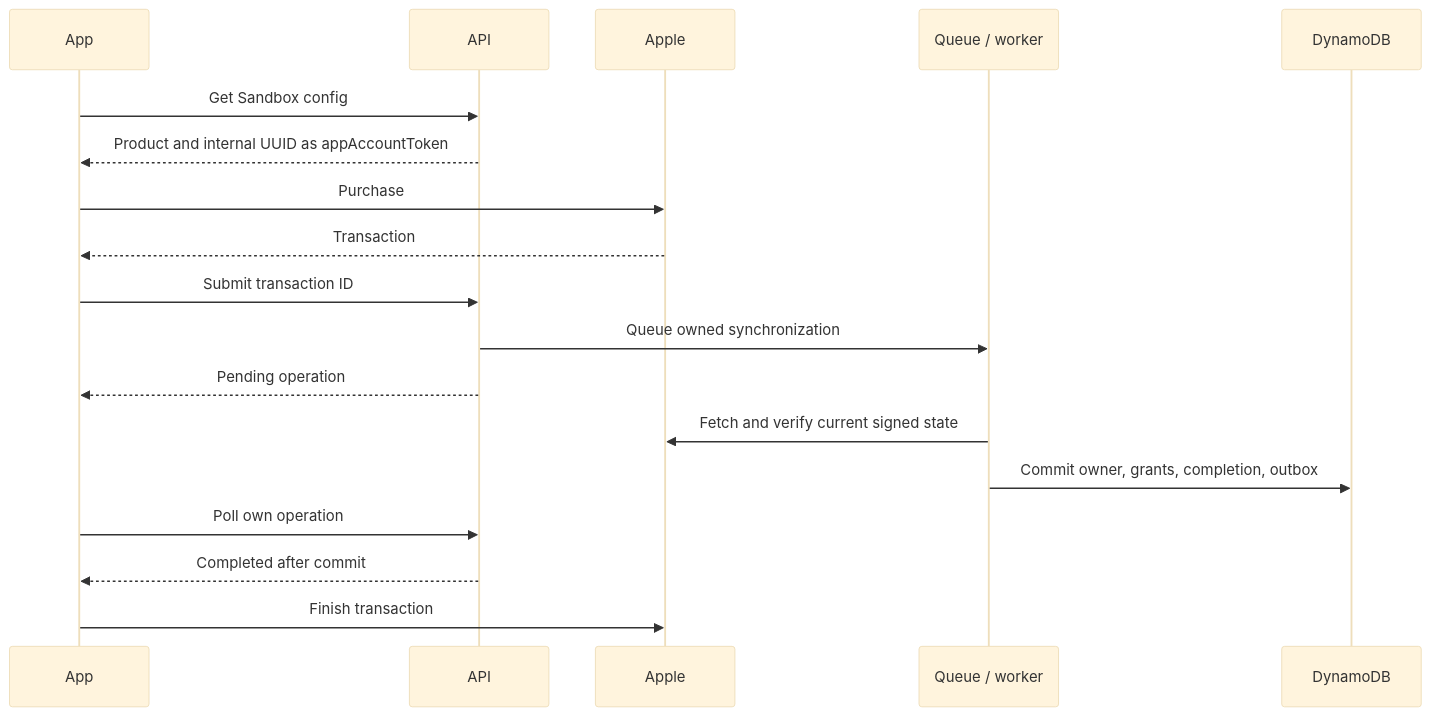
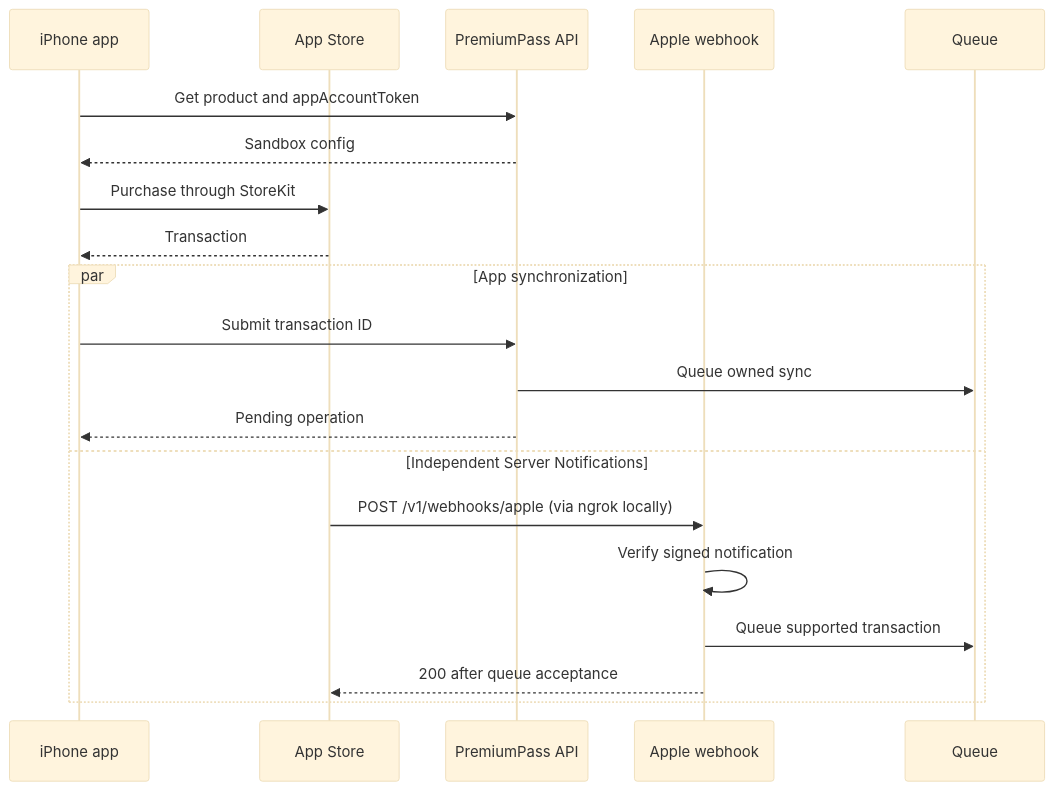
The first of 3 diagrams in docs/APPLE_PURCHASES.md (phillippbertram/subscription-consolidation-workshop), drawn with Mermaid (base theme) before and after one commit. The commit also changed other lines of this file and 34 other files, not shown here.

````diff
--- a/docs/APPLE_PURCHASES.md
+++ b/docs/APPLE_PURCHASES.md
@@ -71,20 +77,22 @@
 ```mermaid
 sequenceDiagram
-    participant App
-    participant API
-    participant Apple
-    participant Worker as Queue / worker
-    participant DB as DynamoDB
-    App->>API: Get Sandbox config
-    API-->>App: Product and internal UUID as appAccountToken
-    App->>Apple: Purchase
+    participant App as iPhone app
+    participant Apple as App Store
+    participant API as PremiumPass API
+    participant Webhook as Apple webhook
+    participant Queue
+    App->>API: Get product and appAccountToken
+    API-->>App: Sandbox config
+    App->>Apple: Purchase through StoreKit
     Apple-->>App: Transaction
-    App->>API: Submit transaction ID
-    API->>Worker: Queue owned synchronization
-    API-->>App: Pending operation
-    Worker->>Apple: Fetch and verify current signed state
-    Worker->>DB: Commit owner, grants, completion, outbox
-    App->>API: Poll own operation
-    API-->>App: Completed after commit
-    App->>Apple: Finish transaction
+    par App synchronization
+        App->>API: Submit transaction ID
+        API->>Queue: Queue owned sync
+        API-->>App: Pending operation
+    and Independent Server Notifications
+        Apple->>Webhook: POST /v1/webhooks/apple (via ngrok locally)
+        Webhook->>Webhook: Verify signed notification
+        Webhook->>Queue: Queue supported transaction
+        Webhook-->>Apple: 200 after queue acceptance
+    end
 ```
````
